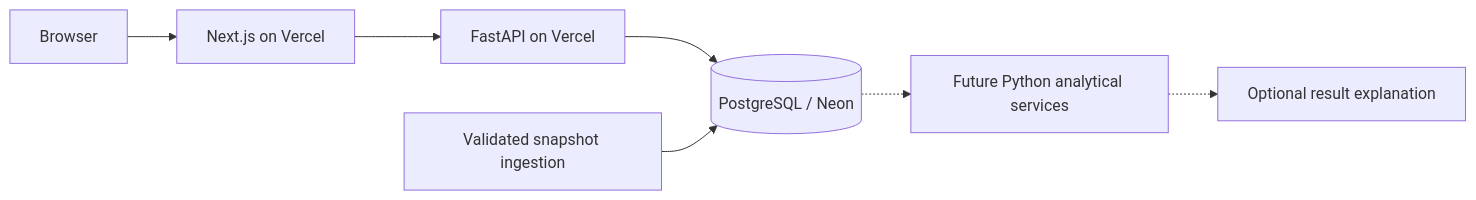
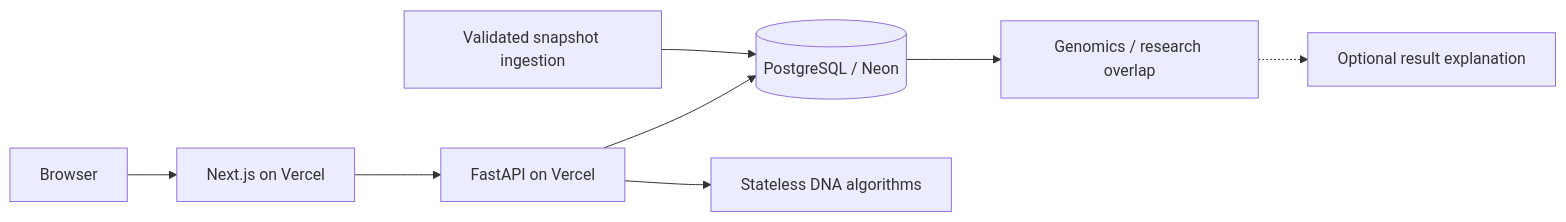
Before and after one commit to 292akhil2929-cmyk/pharmagenome: the diagram in ARCHITECTURE.md, drawn with Mermaid. The commit also changed 4 other files, not shown here.

````diff
--- a/ARCHITECTURE.md
+++ b/ARCHITECTURE.md
@@ -6,9 +6,10 @@
 ```mermaid
 flowchart LR
   Browser --> Next[Next.js on Vercel]
   Next --> API[FastAPI on Vercel]
   API --> PG[(PostgreSQL / Neon)]
   Import[Validated snapshot ingestion] --> PG
-  PG -.-> Compute[Future Python analytical services]
+  PG --> Compute[Genomics / research overlap]
+  API --> Sequence[Stateless DNA algorithms]
   Compute -.-> Explain[Optional result explanation]
 ```
````
